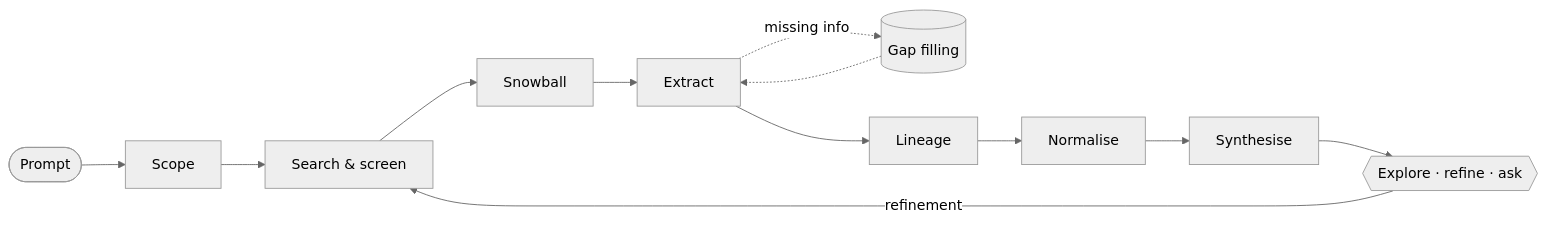
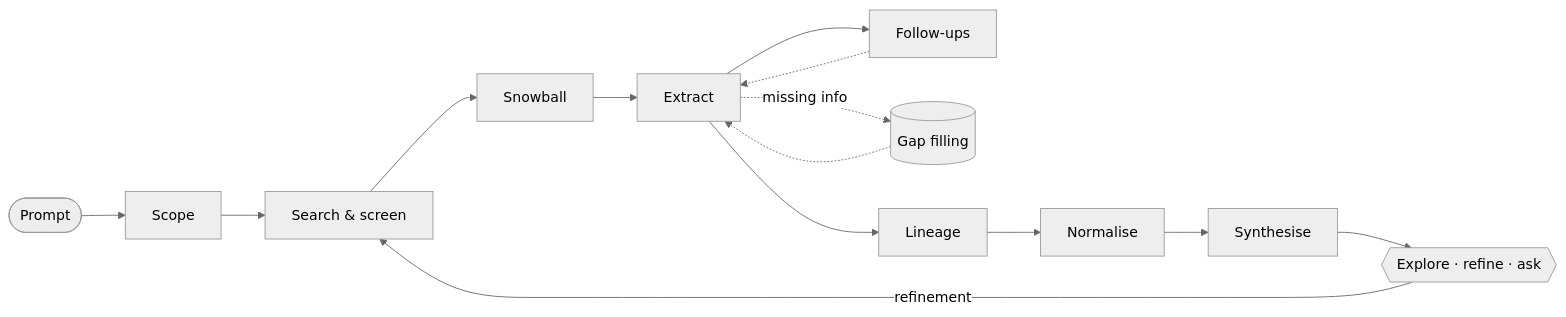
The diagram in docs/how-it-works.md (timsch11/research-forest), drawn with Mermaid (neutral theme) before and after one commit. The commit also changed other lines of this file and 18 other files, not shown here.

````diff
--- a/docs/how-it-works.md
+++ b/docs/how-it-works.md
@@ -3,14 +3,16 @@
 ```mermaid
 flowchart LR
   P([Prompt]) --> S[Scope]
   S --> R[Search & screen]
   R --> B[Snowball]
   B --> X[Extract]
+  X --> F[Follow-ups]
+  F -.-> X
   X -. missing info .-> G[(Gap filling)]
   G -.-> X
   X --> L[Lineage]
   L --> N[Normalise]
   N --> Y[Synthesise]
   Y --> U{{Explore · refine · ask}}
   U -- refinement --> R
 ```
````
